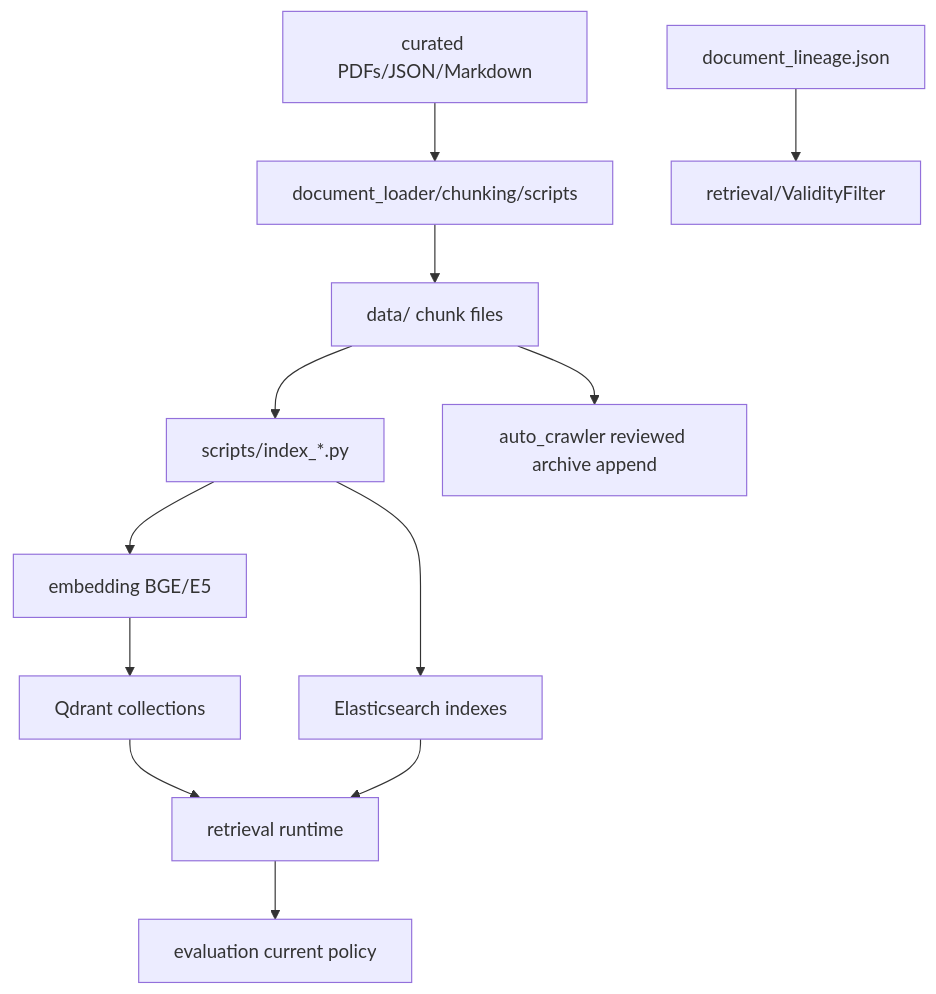
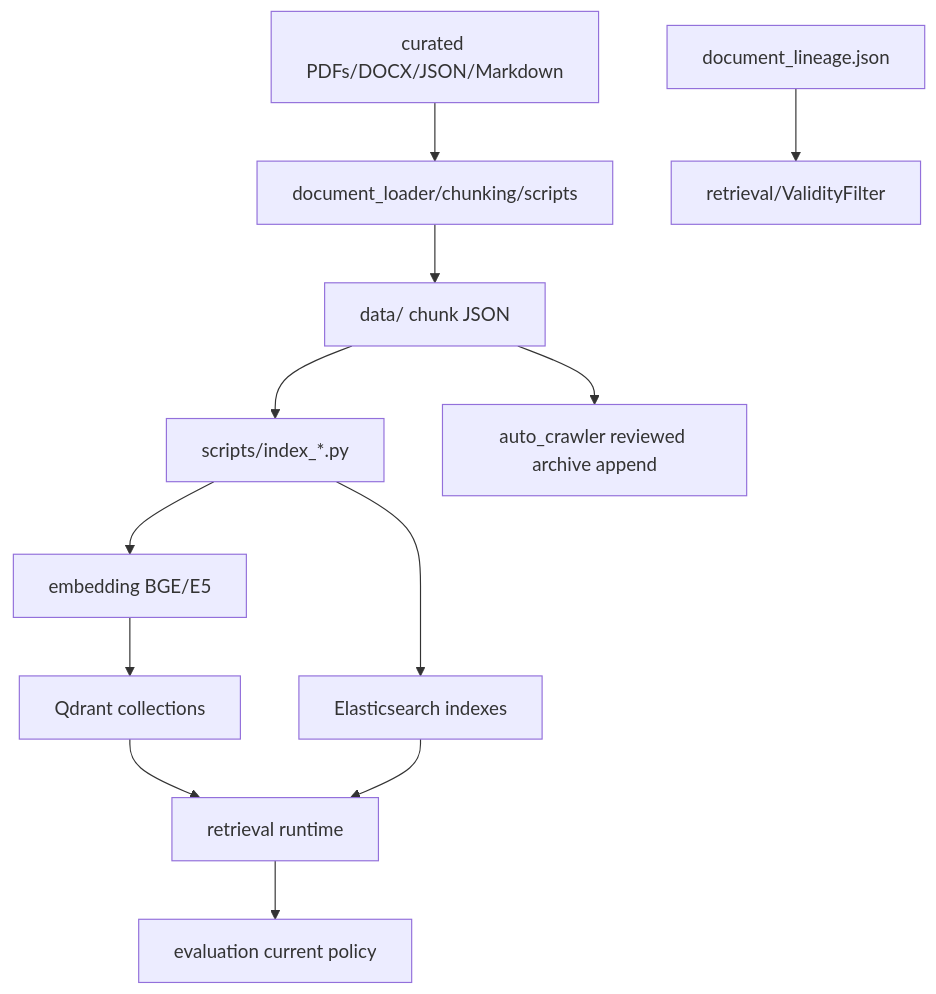
Before and after one commit to hoainam183/GR: the diagram in src/RAG_v2/data/MODULE.md, drawn with Mermaid. The commit also changed other lines of this file and 50 other files, not shown here.

````diff
--- a/src/RAG_v2/data/MODULE.md
+++ b/src/RAG_v2/data/MODULE.md
@@ -116,14 +138,14 @@
 ```mermaid
 flowchart TD
-  Raw["curated PDFs/JSON/Markdown"] --> Loader["document_loader/chunking/scripts"]
-  Loader --> Chunks["data/<collection> chunk files"]
+  Raw["curated PDFs/DOCX/JSON/Markdown"] --> Loader["document_loader/chunking/scripts"]
+  Loader --> Chunks["data/<collection> chunk JSON"]
   Chunks --> IndexScripts["scripts/index_*.py"]
   Chunks --> CrawlerArchive["auto_crawler reviewed archive append"]
   Lineage["document_lineage.json"] --> Validity["retrieval/ValidityFilter"]
   IndexScripts --> Embedding["embedding BGE/E5"]
   Embedding --> Qdrant["Qdrant collections"]
   IndexScripts --> ES["Elasticsearch indexes"]
   Qdrant --> Retrieval["retrieval runtime"]
   ES --> Retrieval
   Retrieval --> Eval["evaluation current policy"]
 ```
````
